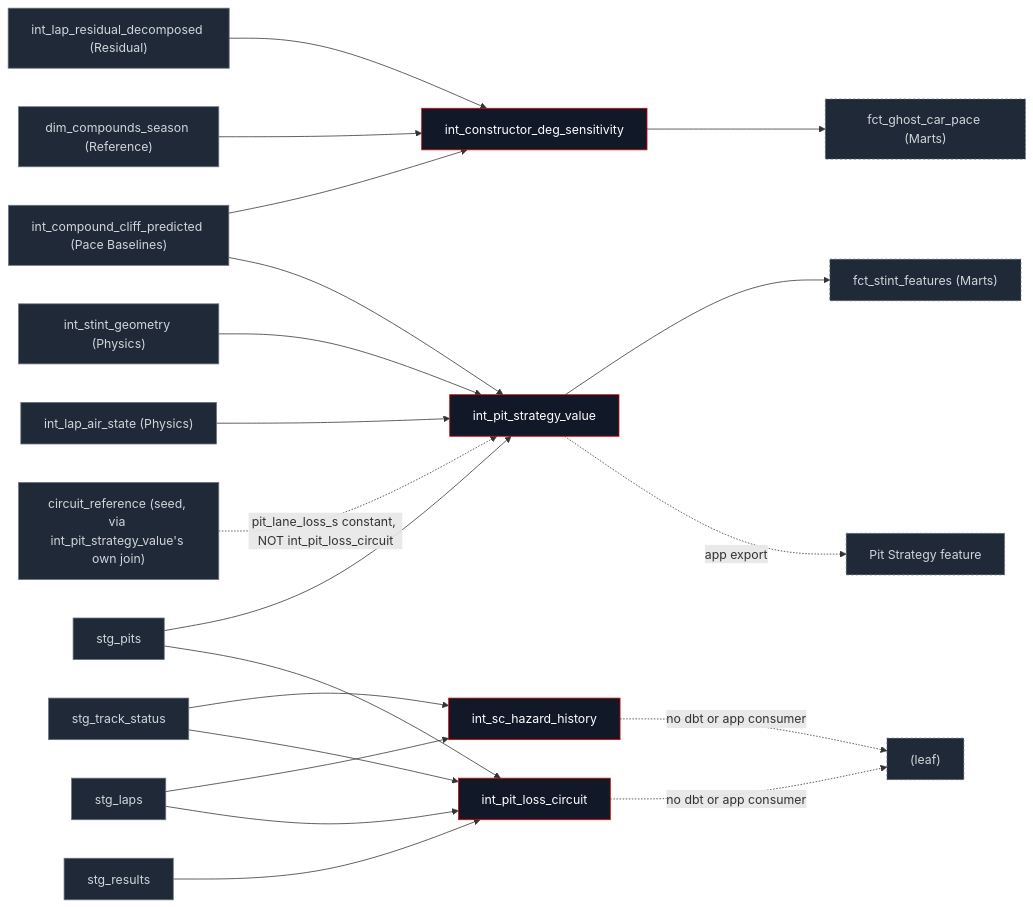
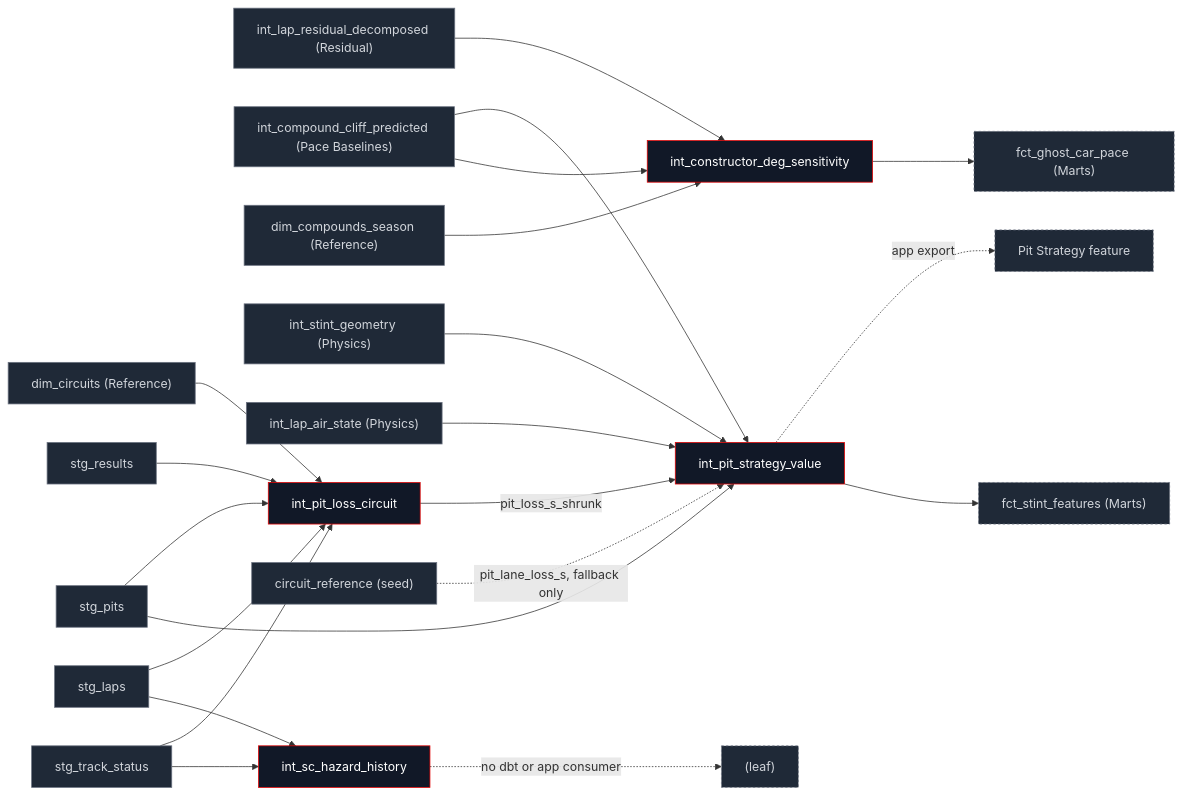
One commit to JustinClarke/off-the-pace changed the diagram in docs/transform/families/strategy.mdx. Above: the diagram before and after it, drawn with Mermaid. The commit also changed other lines of this file and 89 other files, not shown here.

Commit message:
Add track status parquet files for seasons 2020, 2023, and 2024

````diff
--- a/docs/transform/families/strategy.mdx
+++ b/docs/transform/families/strategy.mdx
@@ -15,33 +15,34 @@
 ```mermaid
 flowchart LR
     int_lap_residual_decomposed["int_lap_residual_decomposed (Residual)"] --> int_constructor_deg_sensitivity
     int_compound_cliff_predicted["int_compound_cliff_predicted (Pace Baselines)"] --> int_constructor_deg_sensitivity
     dim_compounds_season["dim_compounds_season (Reference)"] --> int_constructor_deg_sensitivity
 
     int_stint_geometry["int_stint_geometry (Physics)"] --> int_pit_strategy_value
     int_compound_cliff_predicted --> int_pit_strategy_value
     stg_pits --> int_pit_strategy_value
     int_lap_air_state["int_lap_air_state (Physics)"] --> int_pit_strategy_value
-    circuit_reference["circuit_reference (seed, via int_pit_strategy_value's own join)"] -.->|pit_lane_loss_s constant, NOT int_pit_loss_circuit| int_pit_strategy_value
+    int_pit_loss_circuit -->|pit_loss_s_shrunk| int_pit_strategy_value
+    circuit_reference["circuit_reference (seed)"] -.->|pit_lane_loss_s, fallback only| int_pit_strategy_value
 
     stg_track_status --> int_sc_hazard_history
     stg_laps --> int_sc_hazard_history
 
     stg_track_status --> int_pit_loss_circuit
     stg_results --> int_pit_loss_circuit
     stg_laps --> int_pit_loss_circuit
     stg_pits --> int_pit_loss_circuit
+    dim_circuits["dim_circuits (Reference)"] --> int_pit_loss_circuit
 
     int_constructor_deg_sensitivity --> fct_ghost_car_pace["fct_ghost_car_pace (Marts)"]
     int_pit_strategy_value --> fct_stint_features["fct_stint_features (Marts)"]
     int_pit_strategy_value -.->|app export| AppExport["Pit Strategy feature"]
     int_sc_hazard_history -.->|no dbt or app consumer| Nothing["(leaf)"]
-    int_pit_loss_circuit -.->|no dbt or app consumer| Nothing
 
     classDef strat fill:#111827,stroke:#e40404,color:#fff;
     classDef src fill:#1f2937,stroke:#6b7280,color:#d1d5db;
     classDef downstream fill:#1f2937,stroke:#6b7280,color:#d1d5db,stroke-dasharray: 3 3;
     class int_constructor_deg_sensitivity,int_pit_strategy_value,int_sc_hazard_history,int_pit_loss_circuit strat;
-    class int_lap_residual_decomposed,int_compound_cliff_predicted,dim_compounds_season,int_stint_geometry,int_lap_air_state,stg_pits,stg_track_status,stg_laps,stg_results,circuit_reference src;
+    class int_lap_residual_decomposed,int_compound_cliff_predicted,dim_compounds_season,int_stint_geometry,int_lap_air_state,stg_pits,stg_track_status,stg_laps,stg_results,circuit_reference,dim_circuits src;
     class fct_ghost_car_pace,fct_stint_features,AppExport,Nothing downstream;
 ```
````
